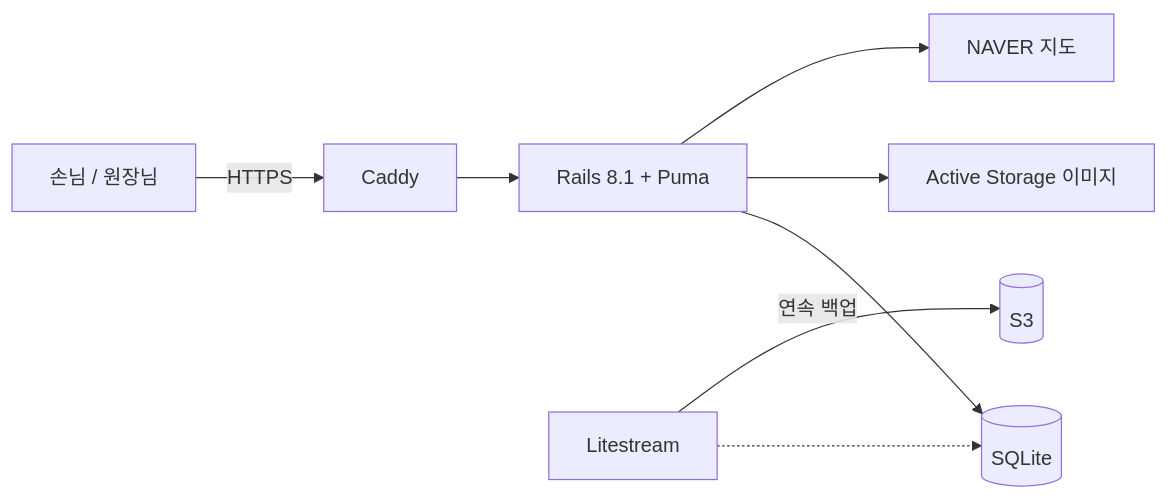
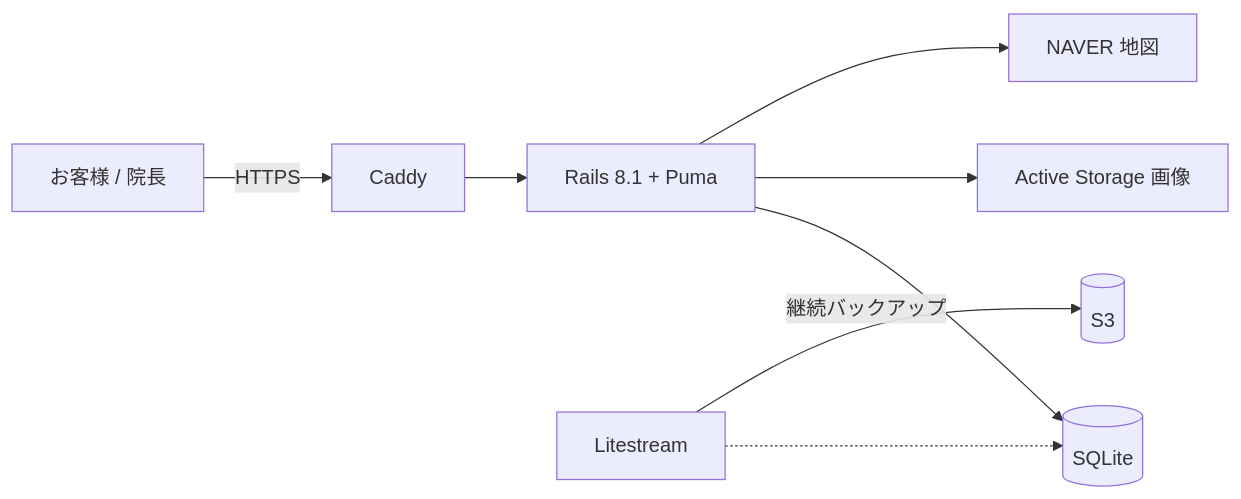
Before and after one commit to YIDONGYONG/eunpa-beauty-salon: the diagram in README.md, drawn with Mermaid. The commit also changed other lines of this file and 28 other files, not shown here.

````diff
--- a/README.md
+++ b/README.md
@@ -58,10 +58,10 @@
 ```mermaid
 flowchart LR
-  B[손님 / 원장님] -->|HTTPS| C[Caddy]
+  B[お客様 / 院長] -->|HTTPS| C[Caddy]
   C --> R[Rails 8.1 + Puma]
   R --> D[(SQLite)]
-  R --> F[Active Storage 이미지]
-  R --> N[NAVER 지도]
+  R --> F[Active Storage 画像]
+  R --> N[NAVER 地図]
   L[Litestream] -.-> D
-  L -->|연속 백업| S[(S3)]
+  L -->|継続バックアップ| S[(S3)]
 ```
````
